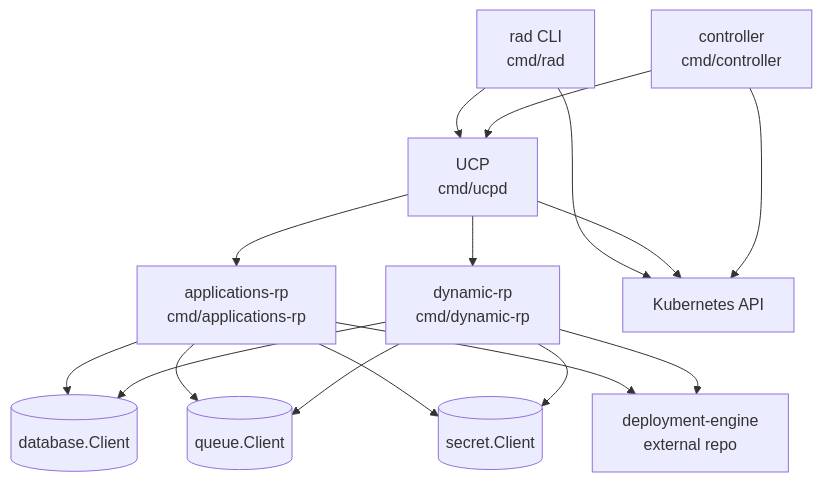
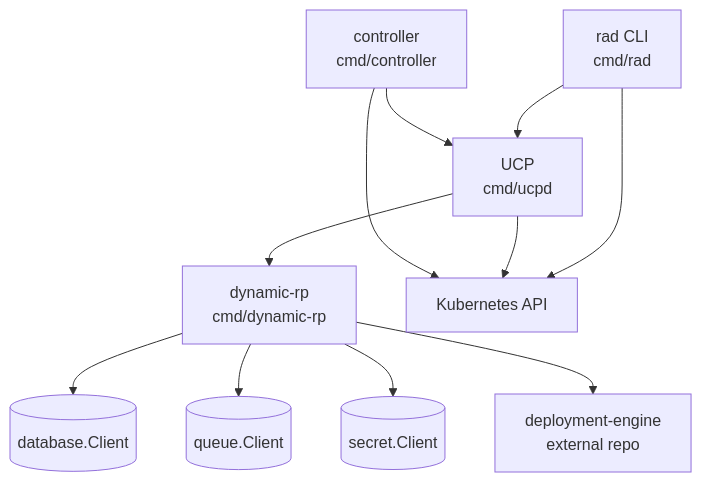
Before and after one commit to radius-project/radius: the first of 3 diagrams in docs/architecture/service-interaction-map.md, drawn with Mermaid. The commit also changed other lines of this file and 10 other files, not shown here.

````diff
--- a/docs/architecture/service-interaction-map.md
+++ b/docs/architecture/service-interaction-map.md
@@ -7,29 +7,23 @@
 ```mermaid
 graph TD
     CLI[rad CLI\ncmd/rad]
     UCP[UCP\ncmd/ucpd]
-    APPRP[applications-rp\ncmd/applications-rp]
     DYNRP[dynamic-rp\ncmd/dynamic-rp]
     CTRL[controller\ncmd/controller]
     DE[deployment-engine\nexternal repo]
     DB[(database.Client)]
     Q[(queue.Client)]
     S[(secret.Client)]
     K8S[Kubernetes API]
 
     CLI --> UCP
     CLI --> K8S
-    UCP --> APPRP
     UCP --> DYNRP
     UCP --> K8S
-    APPRP --> DB
-    APPRP --> Q
-    APPRP --> S
     DYNRP --> DB
     DYNRP --> Q
     DYNRP --> S
     CTRL --> K8S
     CTRL --> UCP
-    APPRP --> DE
     DYNRP --> DE
 ```
````
